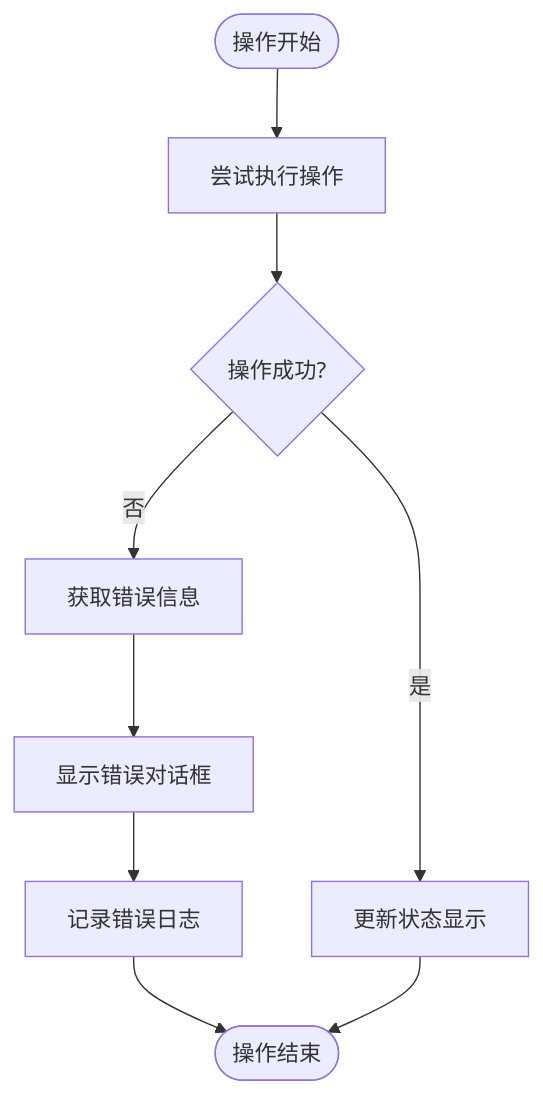
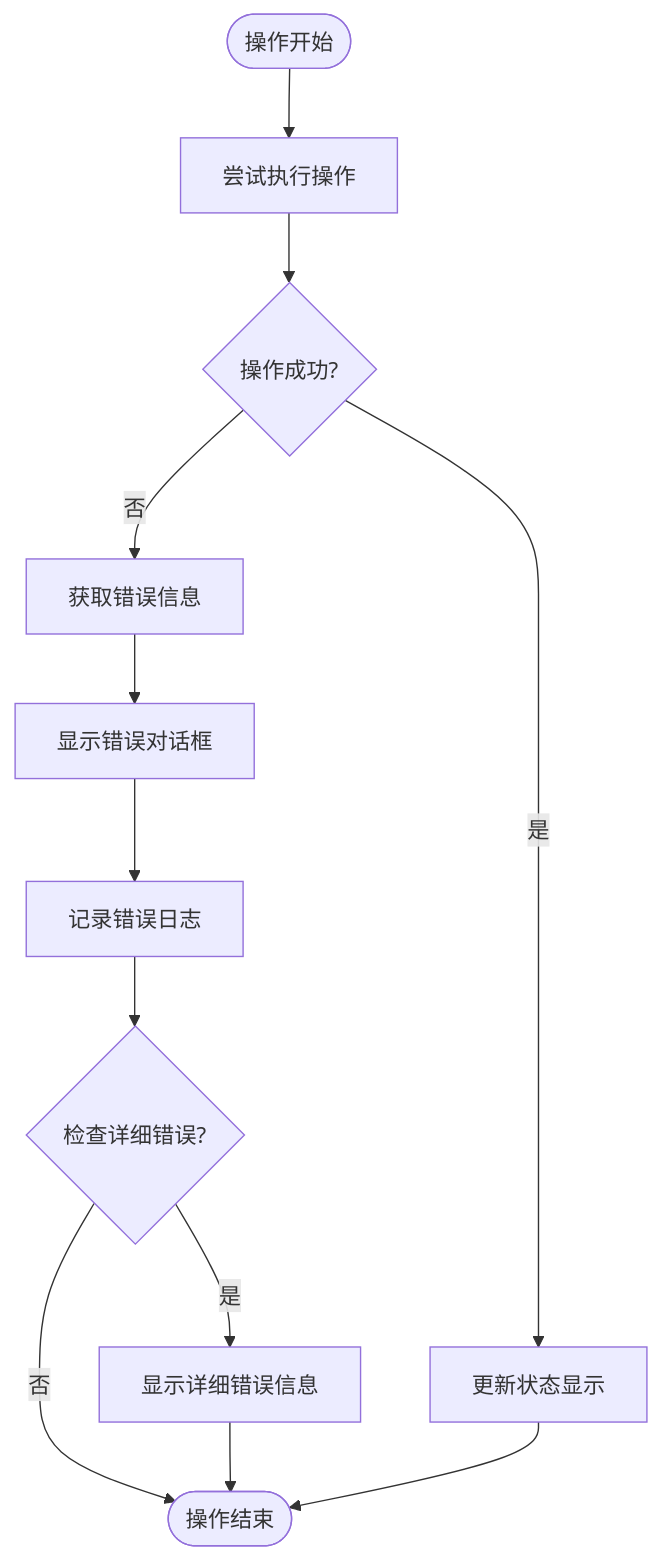
Before and after one commit to xywhsoft/xpack: diagram 12 of 12 in .qoder/repowiki/zh/content/开发者指南/xpkgui 图形界面工具.md, drawn with Mermaid. The commit also changed other lines of this file and 42 other files, not shown here.

````diff
--- a/.qoder/repowiki/zh/content/开发者指南/xpkgui 图形界面工具.md
+++ b/.qoder/repowiki/zh/content/开发者指南/xpkgui 图形界面工具.md
@@ -391,11 +763,14 @@
 ```mermaid
 flowchart TD
 Start([操作开始]) --> TryOp[尝试执行操作]
 TryOp --> Success{操作成功?}
 Success --> |是| UpdateStatus[更新状态显示]
 Success --> |否| GetError[获取错误信息]
 GetError --> ShowError[显示错误对话框]
 ShowError --> LogError[记录错误日志]
-LogError --> End([操作结束])
+LogError --> CheckDetail{检查详细错误?}
+CheckDetail --> |是| ShowDetail[显示详细错误信息]
+CheckDetail --> |否| End([操作结束])
+ShowDetail --> End
 UpdateStatus --> End
 ```
````
